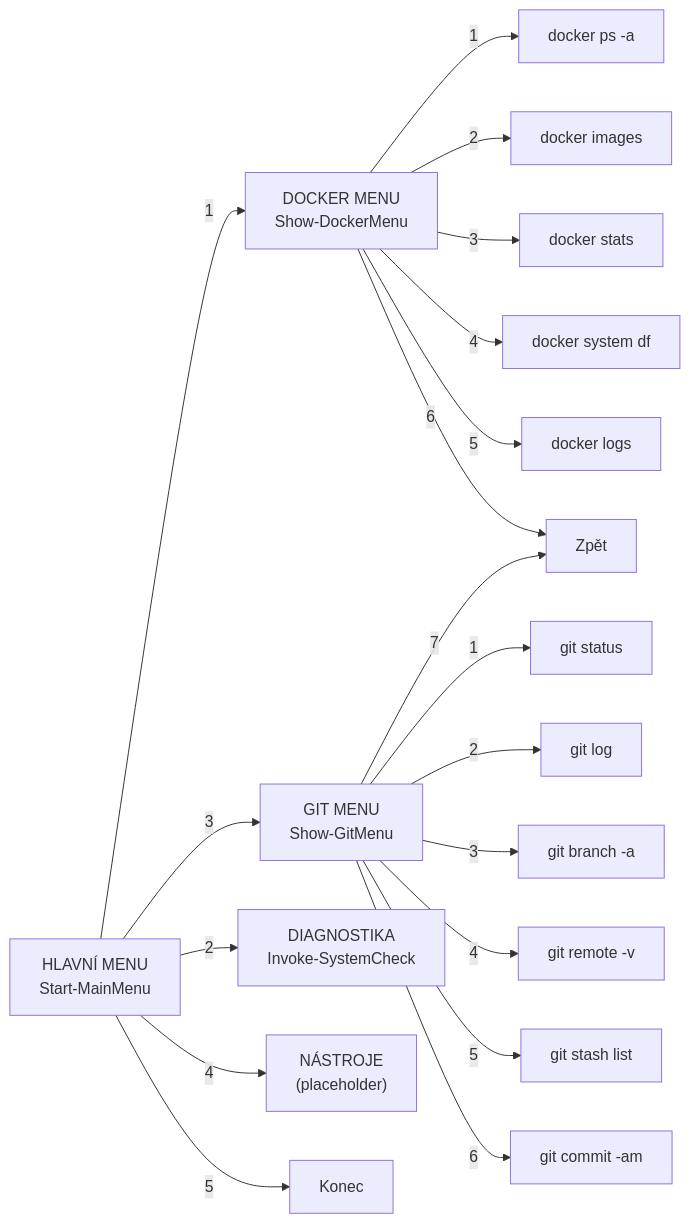
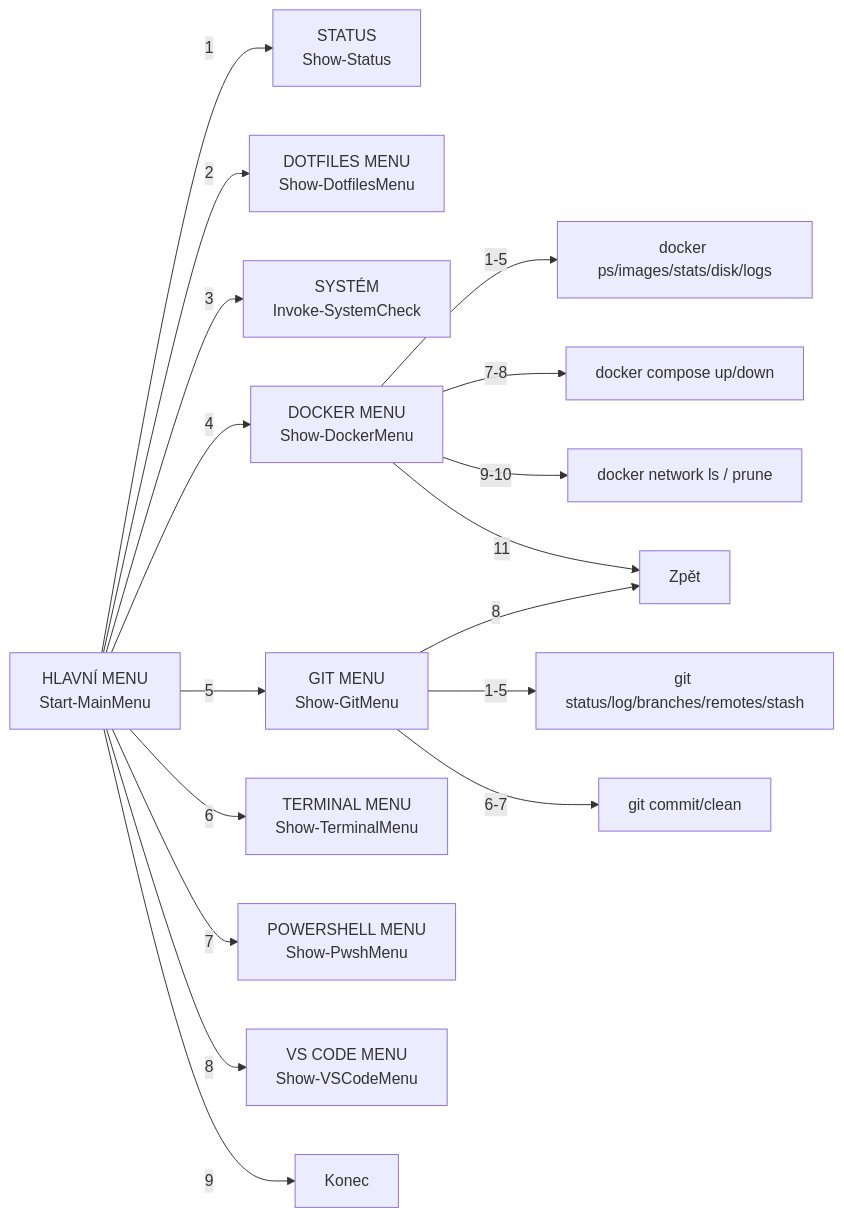
Before and after one commit to martinpaprcka77/martinpaprcka77.github.io: the seventh of 7 diagrams in docs/ARCHITECTURE.md, drawn with Mermaid. The commit also changed 2 other files, not shown here.

Commit message:
docs: fix submenu count (7→6), update menu diagram, sync MANUAL.md
- ROADMAP.md: 7 submenus → 6 submenus + direct diagnostics
- ARCHITECTURE.md: replace old 5-item menu mermaid diagram
  with current 9-item menu (includes all submenus)
- MANUAL.md: update menu item counts for Docker (11),
  Terminal (10), PowerShell (8), VS Code (11)
- 75/75 tests passing

````diff
--- a/docs/ARCHITECTURE.md
+++ b/docs/ARCHITECTURE.md
@@ -237,29 +237,31 @@
 ```mermaid
 graph LR
     MAIN["HLAVNÍ MENU<br/>Start-MainMenu"]
+    STATUS["STATUS<br/>Show-Status"]
+    DOTFILES_M["DOTFILES MENU<br/>Show-DotfilesMenu"]
+    SYS_M["SYSTÉM<br/>Invoke-SystemCheck"]
     DOCKER_M["DOCKER MENU<br/>Show-DockerMenu"]
     GIT_M["GIT MENU<br/>Show-GitMenu"]
-    CHECK["DIAGNOSTIKA<br/>Invoke-SystemCheck"]
-    TOOLS["NÁSTROJE<br/>(placeholder)"]
+    TERM_M["TERMINAL MENU<br/>Show-TerminalMenu"]
+    PWSH_M["POWERSHELL MENU<br/>Show-PwshMenu"]
+    VSCODE_M["VS CODE MENU<br/>Show-VSCodeMenu"]
 
-    MAIN -->|"1"| DOCKER_M
-    MAIN -->|"2"| CHECK
-    MAIN -->|"3"| GIT_M
-    MAIN -->|"4"| TOOLS
-    MAIN -->|"5"| EXIT["Konec"]
+    MAIN -->|"1"| STATUS
+    MAIN -->|"2"| DOTFILES_M
+    MAIN -->|"3"| SYS_M
+    MAIN -->|"4"| DOCKER_M
+    MAIN -->|"5"| GIT_M
+    MAIN -->|"6"| TERM_M
+    MAIN -->|"7"| PWSH_M
+    MAIN -->|"8"| VSCODE_M
+    MAIN -->|"9"| EXIT["Konec"]
 
-    DOCKER_M -->|"1"| DPS["docker ps -a"]
-    DOCKER_M -->|"2"| DIM["docker images"]
-    DOCKER_M -->|"3"| DST["docker stats"]
-    DOCKER_M -->|"4"| DDF["docker system df"]
-    DOCKER_M -->|"5"| DLO["docker logs"]
-    DOCKER_M -->|"6"| BACK["Zpět"]
+    DOCKER_M -->|"1-5"| DPS["docker ps/images/stats/disk/logs"]
+    DOCKER_M -->|"7-8"| DCP["docker compose up/down"]
+    DOCKER_M -->|"9-10"| DNET["docker network ls / prune"]
+    DOCKER_M -->|"11"| BACK["Zpět"]
 
-    GIT_M -->|"1"| GST["git status"]
-    GIT_M -->|"2"| GLO["git log"]
-    GIT_M -->|"3"| GBR["git branch -a"]
-    GIT_M -->|"4"| GRM["git remote -v"]
-    GIT_M -->|"5"| GSL["git stash list"]
-    GIT_M -->|"6"| GCM["git commit -am"]
-    GIT_M -->|"7"| BACK
+    GIT_M -->|"1-5"| GST["git status/log/branches/remotes/stash"]
+    GIT_M -->|"6-7"| GCM["git commit/clean"]
+    GIT_M -->|"8"| BACK
 ```
````
